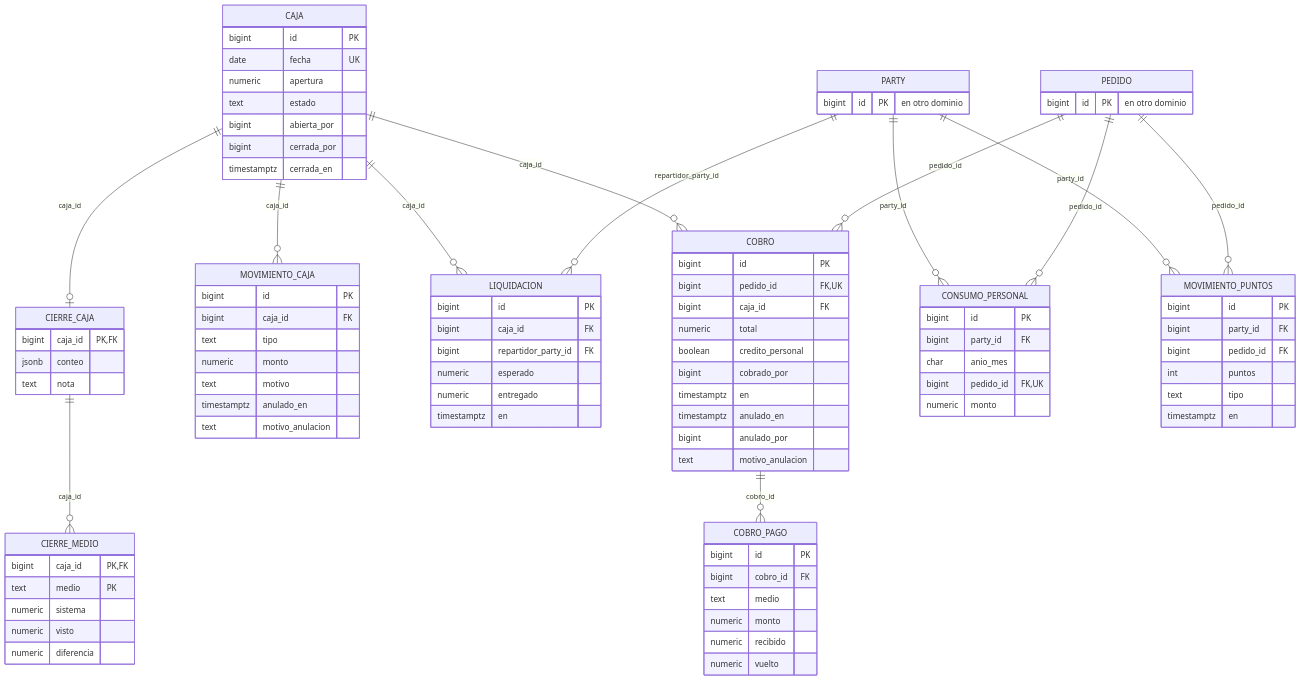
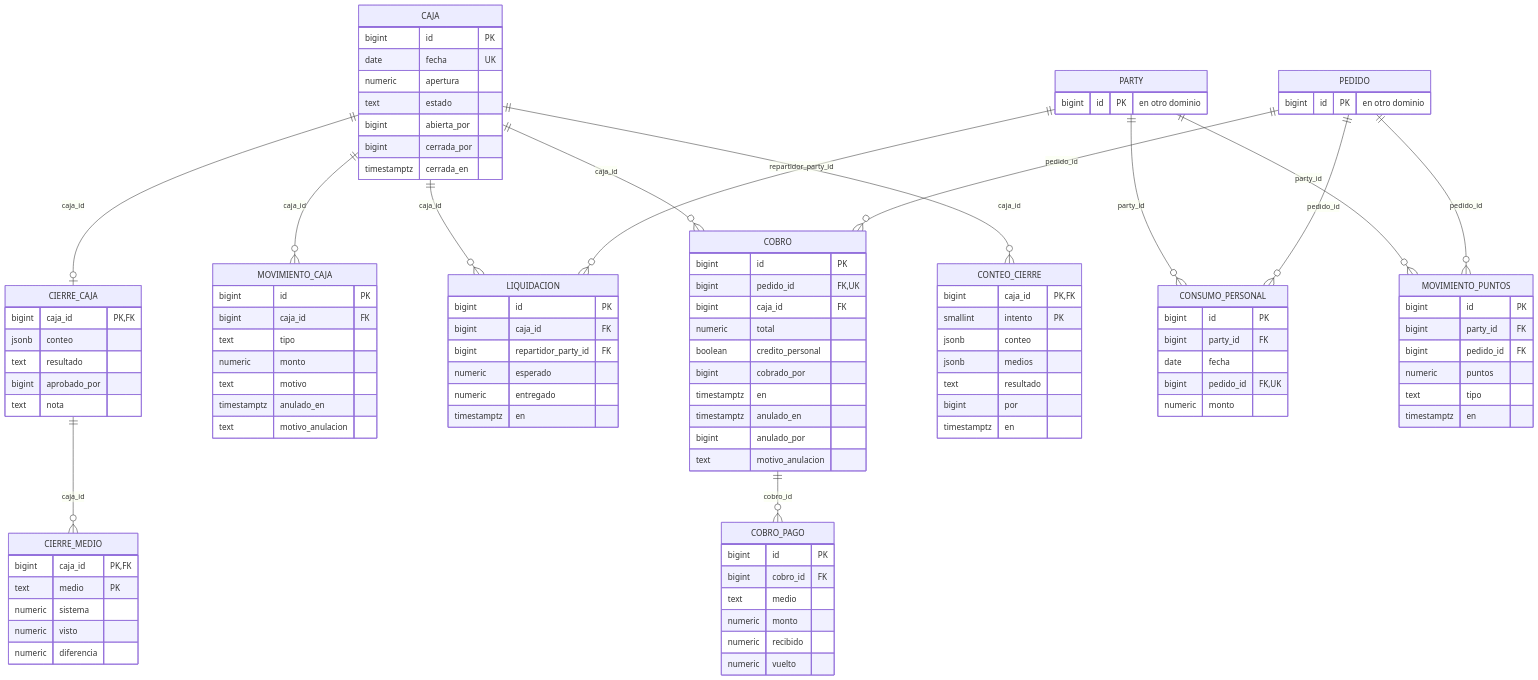
The diagram in docs/datos/er/08-caja-puntos-y-credito-del-personal.mmd (JoseEM26/caprichos), drawn with Mermaid before and after one commit. The commit also changed 208 other files, not shown here.

```diff
--- a/docs/datos/er/08-caja-puntos-y-credito-del-personal.mmd
+++ b/docs/datos/er/08-caja-puntos-y-credito-del-personal.mmd
@@ -1,92 +1,104 @@
 erDiagram
   CAJA {
     bigint id PK
     date fecha UK
     numeric apertura
     text estado
     bigint abierta_por
     bigint cerrada_por
     timestamptz cerrada_en
   }
   COBRO {
     bigint id PK
     bigint pedido_id FK,UK
     bigint caja_id FK
     numeric total
     boolean credito_personal
     bigint cobrado_por
     timestamptz en
     timestamptz anulado_en
     bigint anulado_por
     text motivo_anulacion
   }
   COBRO_PAGO {
     bigint id PK
     bigint cobro_id FK
     text medio
     numeric monto
     numeric recibido
     numeric vuelto
   }
   MOVIMIENTO_CAJA {
     bigint id PK
     bigint caja_id FK
     text tipo
     numeric monto
     text motivo
     timestamptz anulado_en
     text motivo_anulacion
   }
   LIQUIDACION {
     bigint id PK
     bigint caja_id FK
     bigint repartidor_party_id FK
     numeric esperado
     numeric entregado
     timestamptz en
   }
   CIERRE_CAJA {
     bigint caja_id PK,FK
     jsonb conteo
+    text resultado
+    bigint aprobado_por
     text nota
+  }
+  CONTEO_CIERRE {
+    bigint caja_id PK,FK
+    smallint intento PK
+    jsonb conteo
+    jsonb medios
+    text resultado
+    bigint por
+    timestamptz en
   }
   CIERRE_MEDIO {
     bigint caja_id PK,FK
     text medio PK
     numeric sistema
     numeric visto
     numeric diferencia
   }
   CONSUMO_PERSONAL {
     bigint id PK
     bigint party_id FK
-    char anio_mes
+    date fecha
     bigint pedido_id FK,UK
     numeric monto
   }
   MOVIMIENTO_PUNTOS {
     bigint id PK
     bigint party_id FK
     bigint pedido_id FK
-    int puntos
+    numeric puntos
     text tipo
     timestamptz en
   }
   PARTY {
     bigint id PK "en otro dominio"
   }
   PEDIDO {
     bigint id PK "en otro dominio"
   }
   CAJA ||--o{ COBRO : "caja_id"
+  CAJA ||--o{ CONTEO_CIERRE : "caja_id"
   CAJA ||--o{ LIQUIDACION : "caja_id"
   CAJA ||--o{ MOVIMIENTO_CAJA : "caja_id"
   CAJA ||--o| CIERRE_CAJA : "caja_id"
   CIERRE_CAJA ||--o{ CIERRE_MEDIO : "caja_id"
   COBRO ||--o{ COBRO_PAGO : "cobro_id"
   PARTY ||--o{ CONSUMO_PERSONAL : "party_id"
   PARTY ||--o{ LIQUIDACION : "repartidor_party_id"
   PARTY ||--o{ MOVIMIENTO_PUNTOS : "party_id"
   PEDIDO ||--o{ COBRO : "pedido_id"
   PEDIDO ||--o{ CONSUMO_PERSONAL : "pedido_id"
   PEDIDO ||--o{ MOVIMIENTO_PUNTOS : "pedido_id"
```
